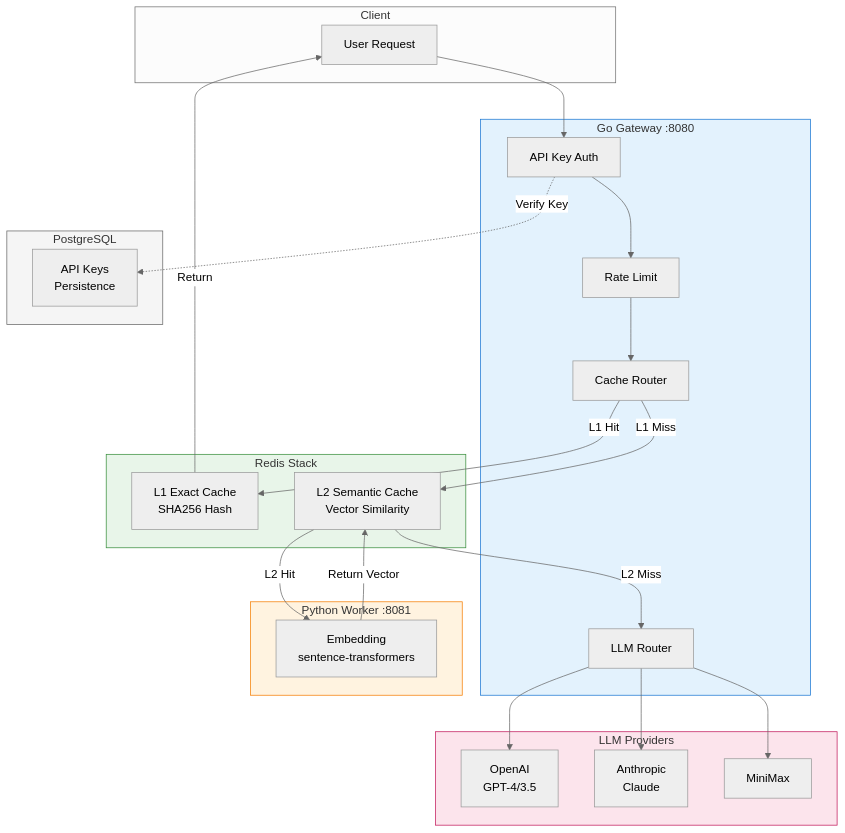
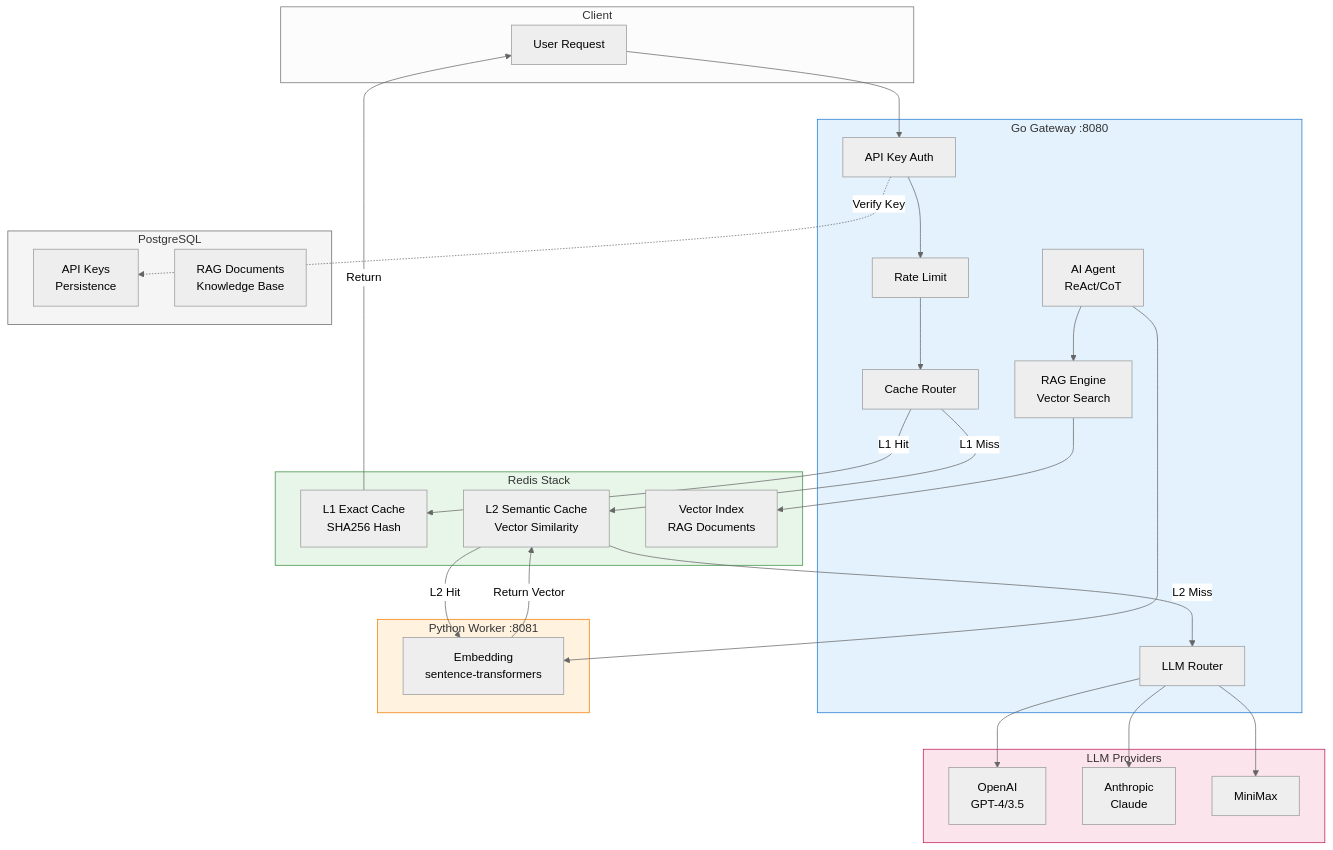
Before and after one commit to Oxidaner/High-Performance-LLM-Gateway: the diagram in README.md, drawn with Mermaid (neutral theme). The commit also changed other lines of this file, not shown here.

Commit message:
Update README with AI Agent, RAG features

````diff
--- a/README.md
+++ b/README.md
@@ -7,52 +7,60 @@
 ```mermaid
 flowchart TB
     subgraph Client["Client"]
         Req[User Request]
     end
 
     subgraph Gateway["Go Gateway :8080"]
         Auth[API Key Auth]
         Rate[Rate Limit]
         Cache[Cache Router]
         Router[LLM Router]
+        Agent[AI Agent<br/>ReAct/CoT]
+        RAG[RAG Engine<br/>Vector Search]
     end
 
     subgraph Redis["Redis Stack"]
         L1[L1 Exact Cache<br/>SHA256 Hash]
         L2[L2 Semantic Cache<br/>Vector Similarity]
+        Vector[Vector Index<br/>RAG Documents]
     end
 
     subgraph Worker["Python Worker :8081"]
         Embed[Embedding<br/>sentence-transformers]
     end
 
     subgraph DB["PostgreSQL"]
         Keys[API Keys<br/>Persistence]
+        Docs[RAG Documents<br/>Knowledge Base]
     end
 
     subgraph LLM["LLM Providers"]
         OpenAI[OpenAI<br/>GPT-4/3.5]
         Claude[Anthropic<br/>Claude]
         MiniMax[MiniMax]
     end
 
     Req --> Auth
     Auth -.->|Verify Key| Keys
     Auth --> Rate
     Rate --> Cache
     Cache -->|L1 Hit| L1
     L1 -->|Return| Req
     Cache -->|L1 Miss| L2
     L2 -->|L2 Hit| Embed
     Embed -->|Return Vector| L2
     L2 -->|L2 Miss| Router
     Router --> OpenAI
     Router --> Claude
     Router --> MiniMax
 
+    Agent --> RAG
+    Agent --> Embed
+    RAG --> Vector
+
     style Gateway fill:#e3f2fd,stroke:#1976d2
     style Redis fill:#e8f5e9,stroke:#388e3c
     style Worker fill:#fff3e0,stroke:#f57c00
     style LLM fill:#fce4ec,stroke:#c2185b
     style DB fill:#f5f5f5,stroke:#666666
 ```
````
